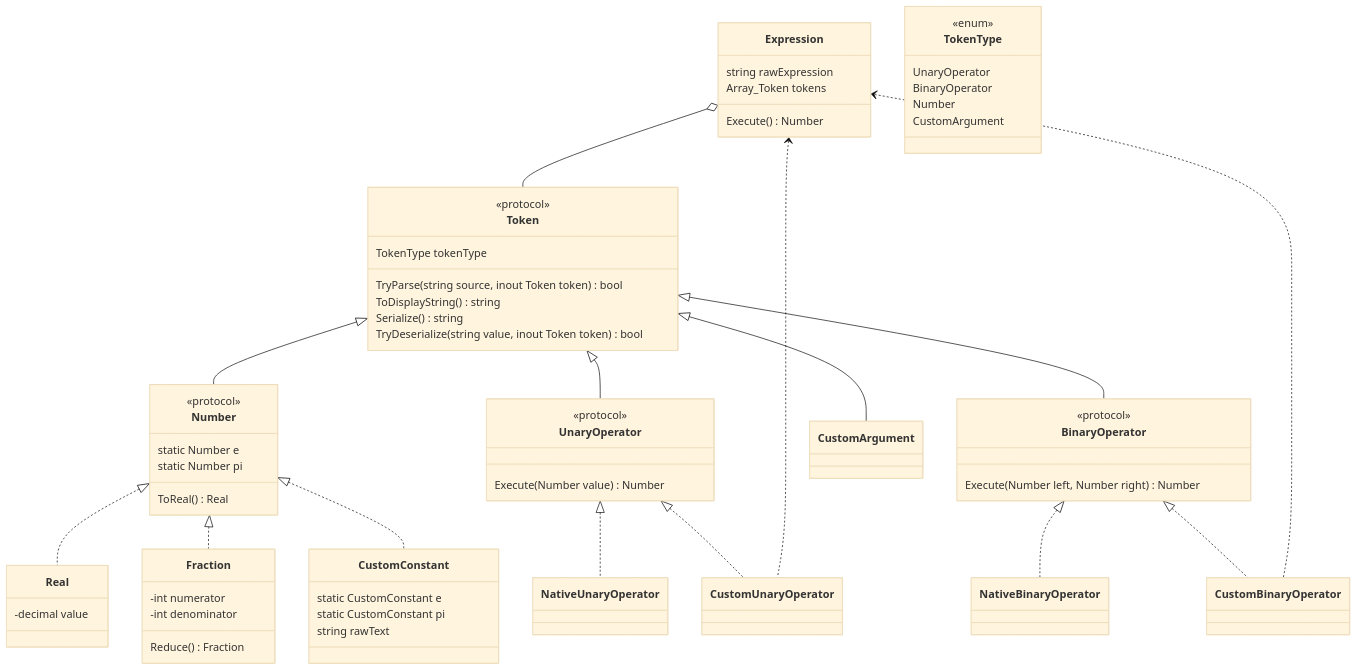
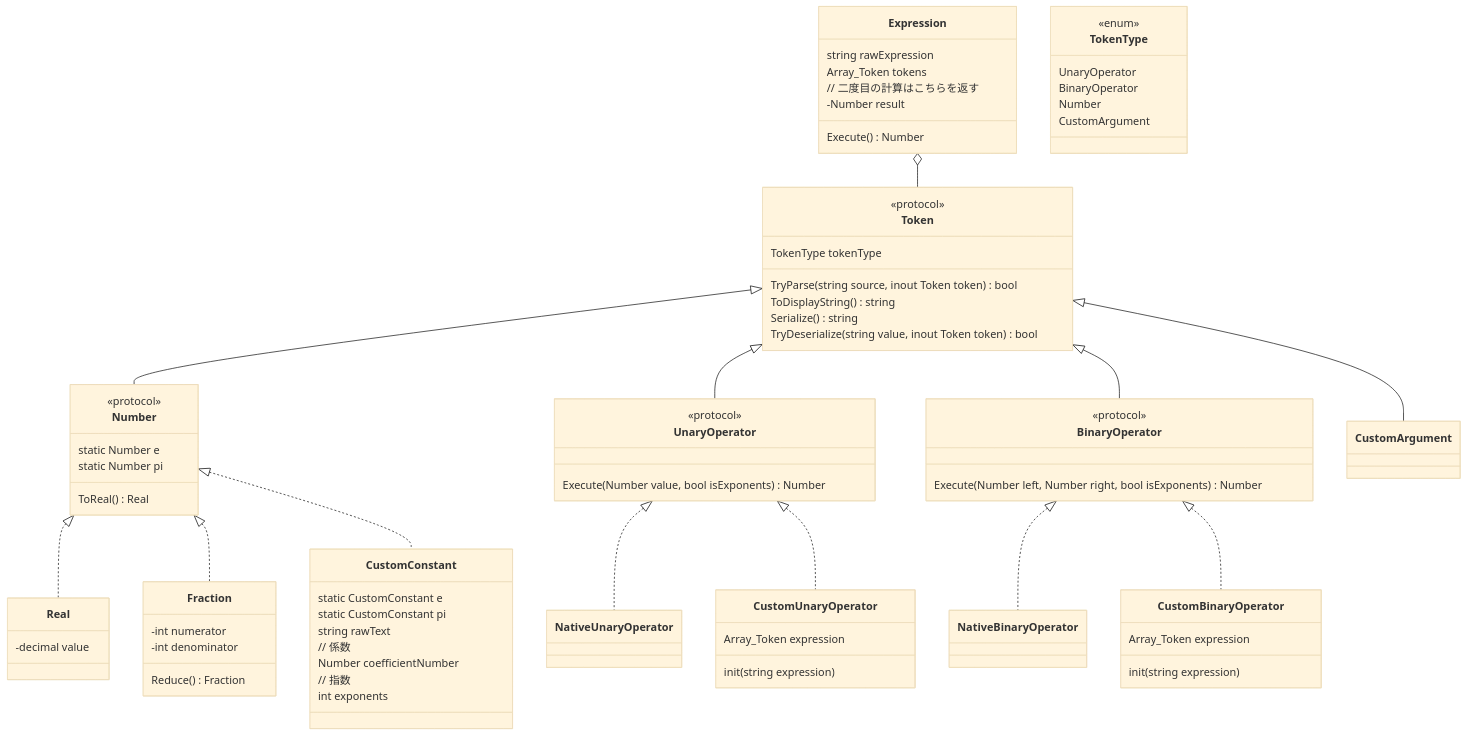
One commit to kc3hack/2023_C changed the second of 2 diagrams in graph/class.md. Above: the diagram before and after it, drawn with Mermaid (base theme). The commit also changed other lines of this file, not shown here.

```diff
--- a/graph/class.md
+++ b/graph/class.md
@@ -54,12 +54,11 @@
 BinaryOperator <|.. NativeBinaryOperator
 BinaryOperator <|.. CustomBinaryOperator
 
-Expression <.. CustomUnaryOperator
-Expression <.. CustomBinaryOperator
-
 class Expression {
     string rawExpression
     Array_Token tokens
+    // 二度目の計算はこちらを返す
+    -Number result
 
     Execute() Number
 }
@@ -92,16 +91,27 @@
     static CustomConstant e
     static CustomConstant pi
     string rawText
-
+    // 係数
+    Number coefficientNumber
+    // 指数
+    int exponents
 }
 
 class UnaryOperator {
     <<protocol>>
-    Execute(Number value) Number
+    Execute(Number value, bool isExponents) Number
 }
 class BinaryOperator {
     <<protocol>>
-    Execute(Number left, Number right) Number
+    Execute(Number left, Number right, bool isExponents) Number
+}
+class CustomUnaryOperator {
+    Array_Token expression
+    init(string expression)
+}
+class CustomBinaryOperator {
+    Array_Token expression
+    init(string expression)
 }
 
 class TokenType {
```
